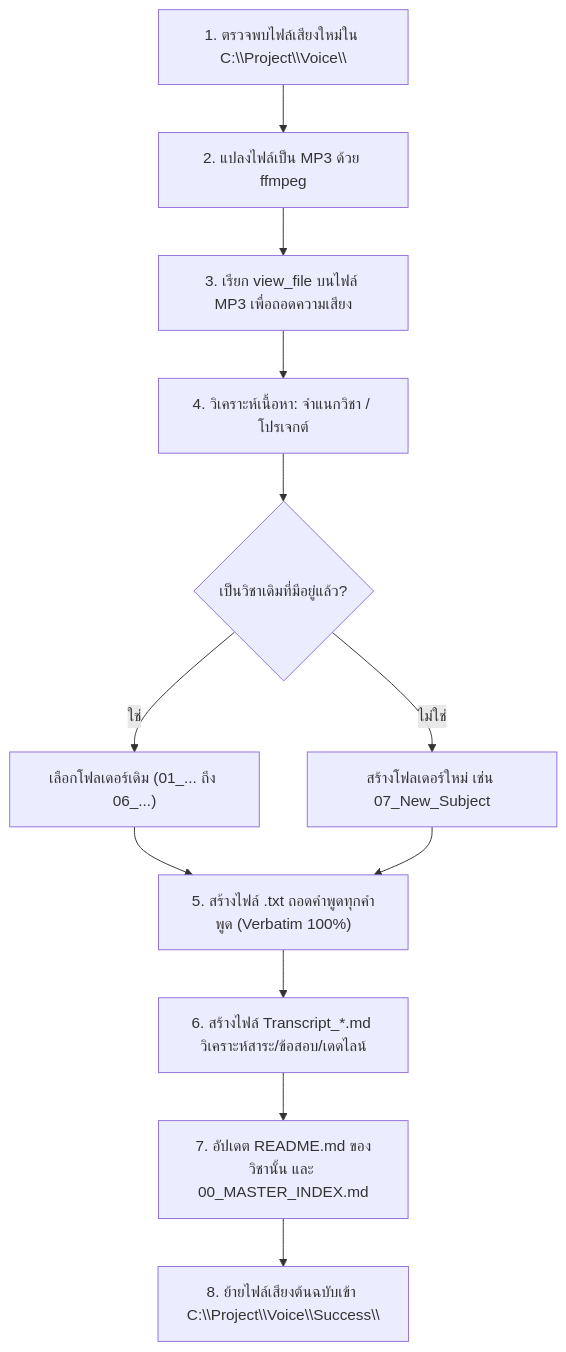
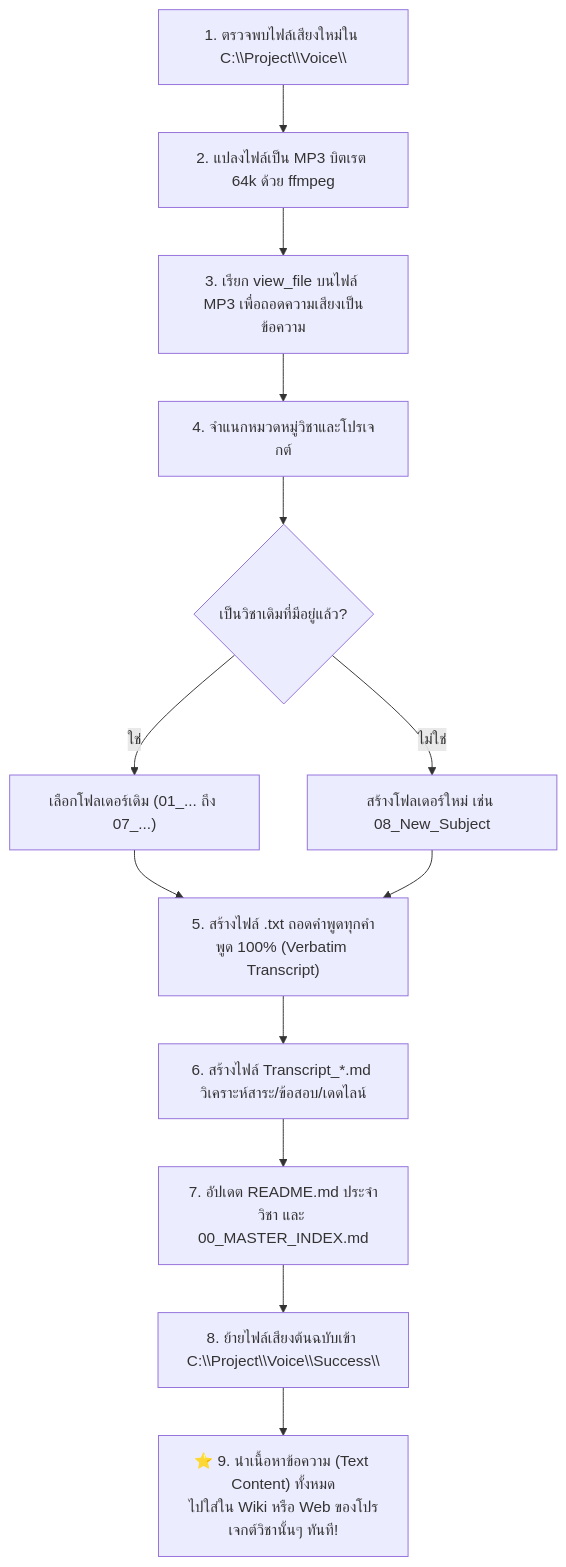
Before and after one commit to kanomoo/voice-text: the diagram in main.md, drawn with Mermaid. The commit also changed other lines of this file and 9 other files, not shown here.

````diff
--- a/main.md
+++ b/main.md
@@ -22,14 +42,15 @@
 ```mermaid
 flowchart TD
-    A["1. ตรวจพบไฟล์เสียงใหม่ใน C:\\Project\\Voice\\"] --> B["2. แปลงไฟล์เป็น MP3 ด้วย ffmpeg"]
-    B --> C["3. เรียก view_file บนไฟล์ MP3 เพื่อถอดความเสียง"]
-    C --> D["4. วิเคราะห์เนื้อหา: จำแนกวิชา / โปรเจกต์"]
+    A["1. ตรวจพบไฟล์เสียงใหม่ใน C:\\Project\\Voice\\"] --> B["2. แปลงไฟล์เป็น MP3 บิตเรต 64k ด้วย ffmpeg"]
+    B --> C["3. เรียก view_file บนไฟล์ MP3 เพื่อถอดความเสียงเป็นข้อความ"]
+    C --> D["4. จำแนกหมวดหมู่วิชาและโปรเจกต์"]
     D --> E{"เป็นวิชาเดิมที่มีอยู่แล้ว?"}
-    E -- ใช่ --> F["เลือกโฟลเดอร์เดิม (01_... ถึง 06_...)"]
-    E -- ไม่ใช่ --> G["สร้างโฟลเดอร์ใหม่ เช่น 07_New_Subject"]
-    F --> H1["5. สร้างไฟล์ .txt ถอดคำพูดทุกคำพูด (Verbatim 100%)"]
+    E -- ใช่ --> F["เลือกโฟลเดอร์เดิม (01_... ถึง 07_...)"]
+    E -- ไม่ใช่ --> G["สร้างโฟลเดอร์ใหม่ เช่น 08_New_Subject"]
+    F --> H1["5. สร้างไฟล์ .txt ถอดคำพูดทุกคำพูด 100% (Verbatim Transcript)"]
     G --> H1
     H1 --> H2["6. สร้างไฟล์ Transcript_*.md วิเคราะห์สาระ/ข้อสอบ/เดดไลน์"]
-    H2 --> I["7. อัปเดต README.md ของวิชานั้น และ 00_MASTER_INDEX.md"]
+    H2 --> I["7. อัปเดต README.md ประจำวิชา และ 00_MASTER_INDEX.md"]
     I --> J["8. ย้ายไฟล์เสียงต้นฉบับเข้า C:\\Project\\Voice\\Success\\"]
+    J --> K["⭐ 9. นำเนื้อหาข้อความ (Text Content) ทั้งหมด<br/>ไปใส่ใน Wiki หรือ Web ของโปรเจกต์วิชานั้นๆ ทันที!"]
 ```
````
